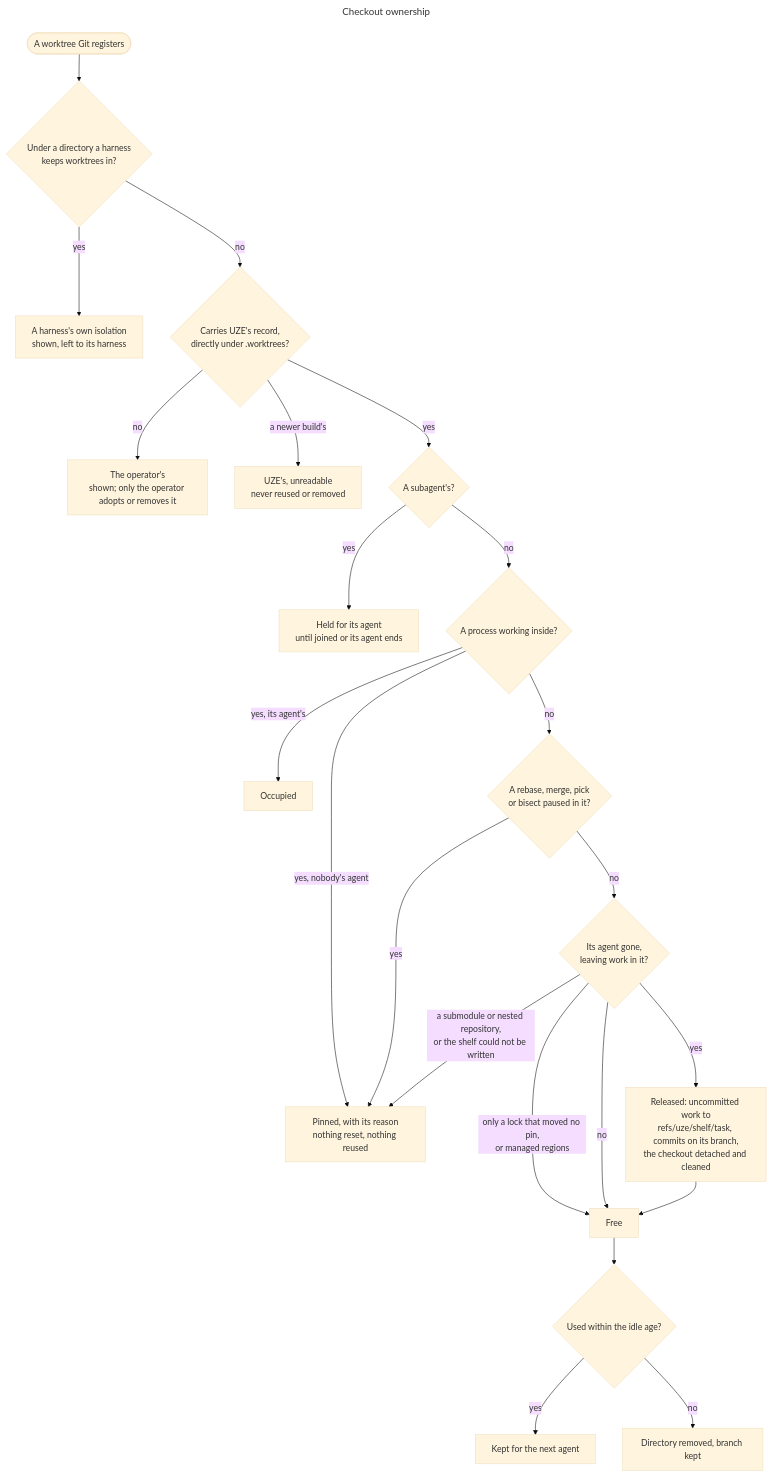
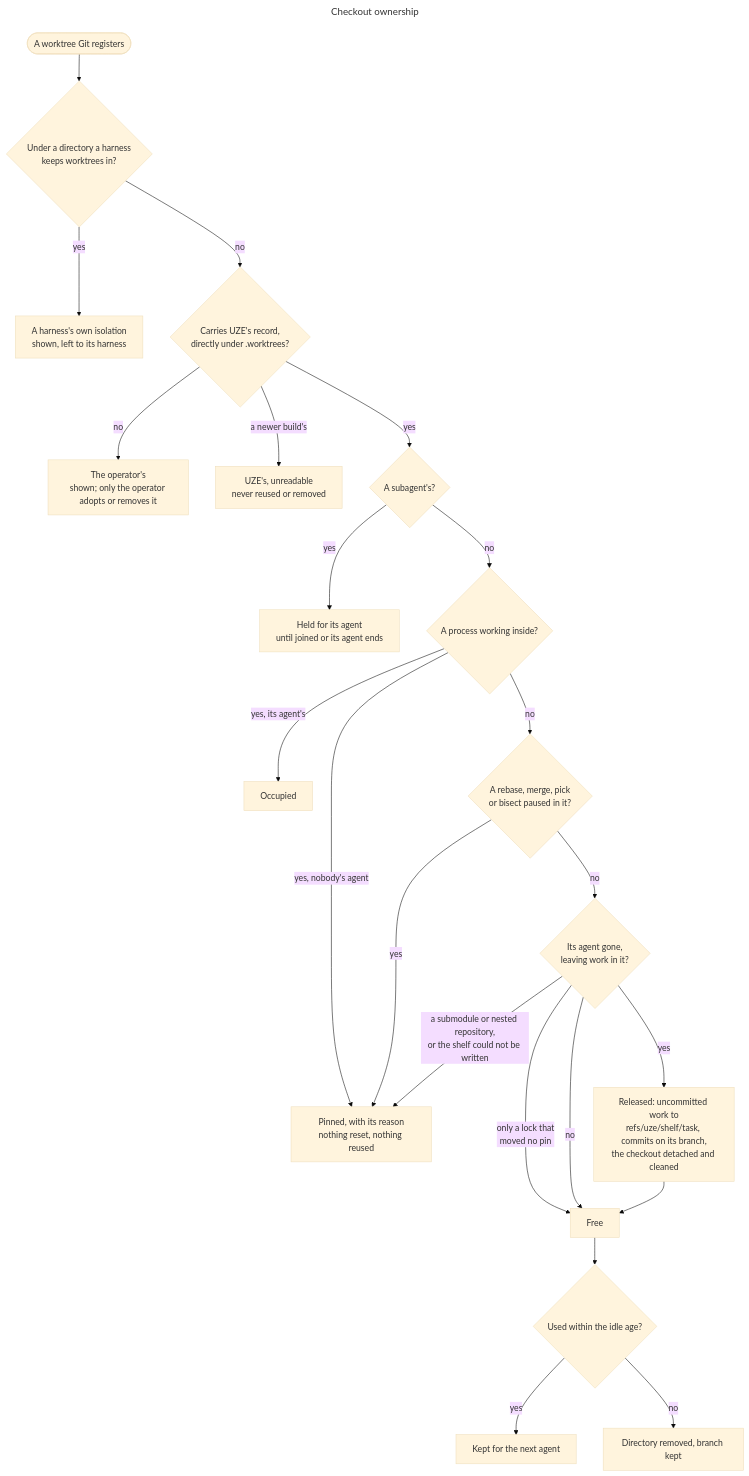
The diagram in docs/architecture/checkout-ownership.mmd (uze-sh/uze), drawn with Mermaid (base theme) before and after one commit. The commit also changed 24 other files, not shown here.

```diff
--- a/docs/architecture/checkout-ownership.mmd
+++ b/docs/architecture/checkout-ownership.mmd
@@ -1,30 +1,30 @@
 ---
 title: Checkout ownership
 ---
 flowchart TD
   worktree([A worktree Git registers]) --> harness{Under a directory a harness<br/>keeps worktrees in?}
   harness -->|yes| theirs[A harness's own isolation<br/>shown, left to its harness]
   harness -->|no| recorded{Carries UZE's record,<br/>directly under .worktrees?}
   recorded -->|no| operator[The operator's<br/>shown; only the operator adopts or removes it]
   recorded -->|a newer build's| unreadable[UZE's, unreadable<br/>never reused or removed]
   recorded -->|yes| slot{A subagent's?}
   slot -->|yes| child[Held for its agent<br/>until joined or its agent ends]
   slot -->|no| inuse{A process working inside?}
   inuse -->|yes, its agent's| occupied[Occupied]
   inuse -->|yes, nobody's agent| pinned
   inuse -->|no| paused{A rebase, merge, pick<br/>or bisect paused in it?}
   paused -->|yes| pinned[Pinned, with its reason<br/>nothing reset, nothing reused]
   paused -->|no| work{Its agent gone,<br/>leaving work in it?}
   work -->|a submodule or nested repository,<br/>or the shelf could not be written| pinned
   work -->|yes| shelve[Released: uncommitted work to<br/>refs/uze/shelf/task, commits on its branch,<br/>the checkout detached and cleaned]
-  work -->|only a lock that moved no pin,<br/>or managed regions| free
+  work -->|only a lock that<br/>moved no pin| free
   work -->|no| free[Free]
   shelve --> free
   free --> idle{Used within the idle age?}
   idle -->|yes| kept[Kept for the next agent]
   idle -->|no| removed[Directory removed, branch kept]
   click recorded href "crates/uze-workspace/src/checkout/record.rs"
   click inuse href "crates/uze-core/src/machine/process_cwd.rs"
   click idle href "crates/uze-workspace/src/checkout.rs"
   click shelve href "crates/uze-workspace/src/checkout/shelf.rs"
   click child href "crates/uze-workspace/src/checkout/subagent.rs"
```
